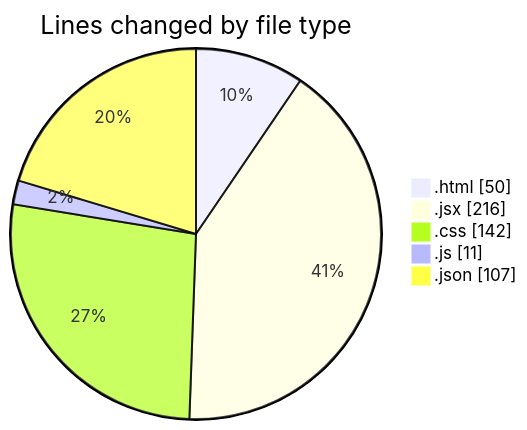
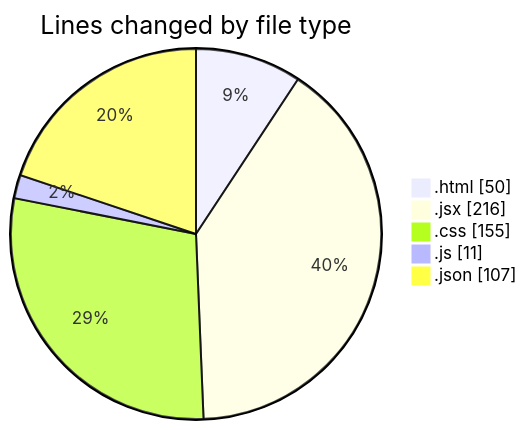
Before and after one commit to Elitesun/code-tracking: the first of 2 diagrams in 2025-02-12/elitegpt/README.md, drawn with Mermaid. The commit also changed other lines of this file and 1 other file, not shown here.

````diff
--- a/2025-02-12/elitegpt/README.md
+++ b/2025-02-12/elitegpt/README.md
@@ -30,9 +30,9 @@
 ```mermaid
 pie showData
 title Lines changed by file type
 ".html" : 50
 ".jsx" : 216
-".css" : 142
+".css" : 155
 ".js" : 11
 ".json" : 107
 ```
````
